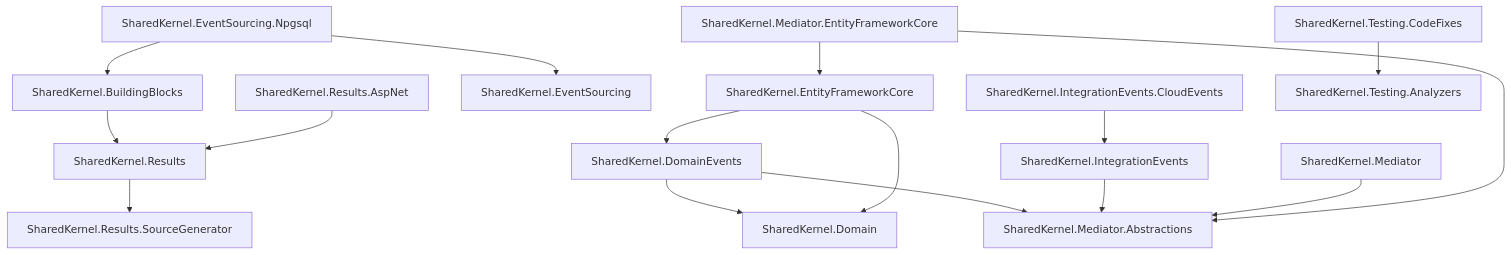
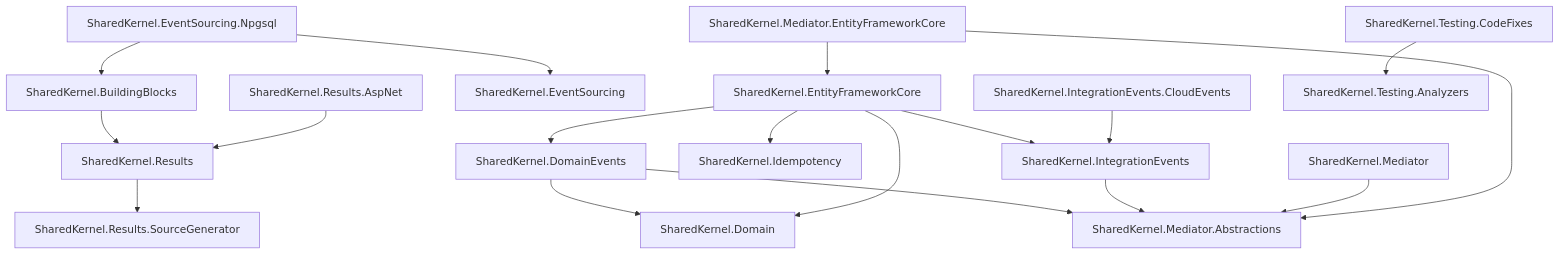
The fourth of 4 diagrams in docs/architecture/boundaries-and-dependencies.md (danigutsch/ViajantesTurismo), drawn with Mermaid before and after one commit. The commit also changed other lines of this file and 59 other files, not shown here.

````diff
--- a/docs/architecture/boundaries-and-dependencies.md
+++ b/docs/architecture/boundaries-and-dependencies.md
@@ -175,18 +176,20 @@
 ```mermaid
 flowchart TB
     SharedKernel_BuildingBlocks[SharedKernel.BuildingBlocks] --> SharedKernel_Results[SharedKernel.Results]
     SharedKernel_DomainEvents[SharedKernel.DomainEvents] --> SharedKernel_Domain[SharedKernel.Domain]
     SharedKernel_DomainEvents[SharedKernel.DomainEvents] --> SharedKernel_Mediator_Abstractions[SharedKernel.Mediator.Abstractions]
     SharedKernel_EntityFrameworkCore[SharedKernel.EntityFrameworkCore] --> SharedKernel_Domain[SharedKernel.Domain]
     SharedKernel_EntityFrameworkCore[SharedKernel.EntityFrameworkCore] --> SharedKernel_DomainEvents[SharedKernel.DomainEvents]
+    SharedKernel_EntityFrameworkCore[SharedKernel.EntityFrameworkCore] --> SharedKernel_Idempotency[SharedKernel.Idempotency]
+    SharedKernel_EntityFrameworkCore[SharedKernel.EntityFrameworkCore] --> SharedKernel_IntegrationEvents[SharedKernel.IntegrationEvents]
     SharedKernel_EventSourcing_Npgsql[SharedKernel.EventSourcing.Npgsql] --> SharedKernel_BuildingBlocks[SharedKernel.BuildingBlocks]
     SharedKernel_EventSourcing_Npgsql[SharedKernel.EventSourcing.Npgsql] --> SharedKernel_EventSourcing[SharedKernel.EventSourcing]
     SharedKernel_IntegrationEvents[SharedKernel.IntegrationEvents] --> SharedKernel_Mediator_Abstractions[SharedKernel.Mediator.Abstractions]
     SharedKernel_IntegrationEvents_CloudEvents[SharedKernel.IntegrationEvents.CloudEvents] --> SharedKernel_IntegrationEvents[SharedKernel.IntegrationEvents]
     SharedKernel_Mediator[SharedKernel.Mediator] --> SharedKernel_Mediator_Abstractions[SharedKernel.Mediator.Abstractions]
     SharedKernel_Mediator_EntityFrameworkCore[SharedKernel.Mediator.EntityFrameworkCore] --> SharedKernel_EntityFrameworkCore[SharedKernel.EntityFrameworkCore]
     SharedKernel_Mediator_EntityFrameworkCore[SharedKernel.Mediator.EntityFrameworkCore] --> SharedKernel_Mediator_Abstractions[SharedKernel.Mediator.Abstractions]
     SharedKernel_Results[SharedKernel.Results] --> SharedKernel_Results_SourceGenerator[SharedKernel.Results.SourceGenerator]
     SharedKernel_Results_AspNet[SharedKernel.Results.AspNet] --> SharedKernel_Results[SharedKernel.Results]
     SharedKernel_Testing_CodeFixes[SharedKernel.Testing.CodeFixes] --> SharedKernel_Testing_Analyzers[SharedKernel.Testing.Analyzers]
 ```
````
